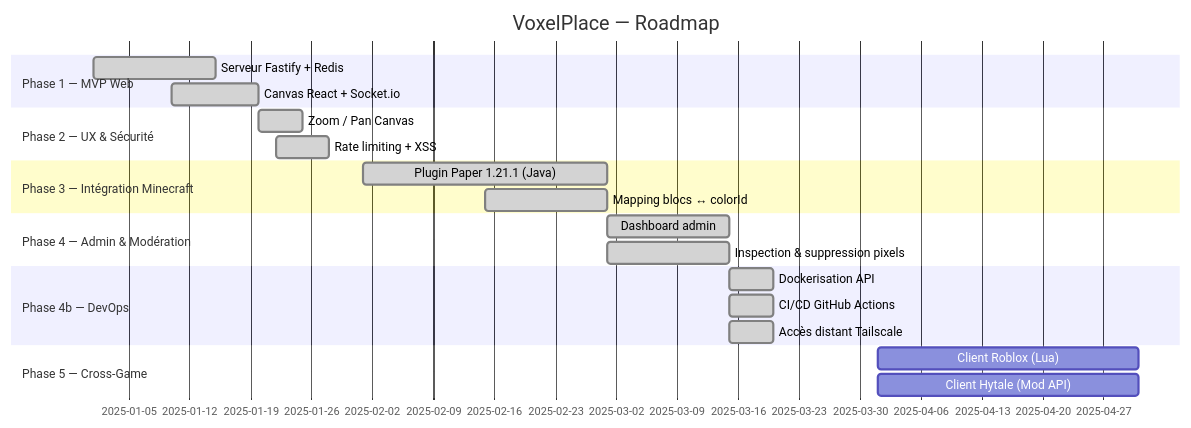
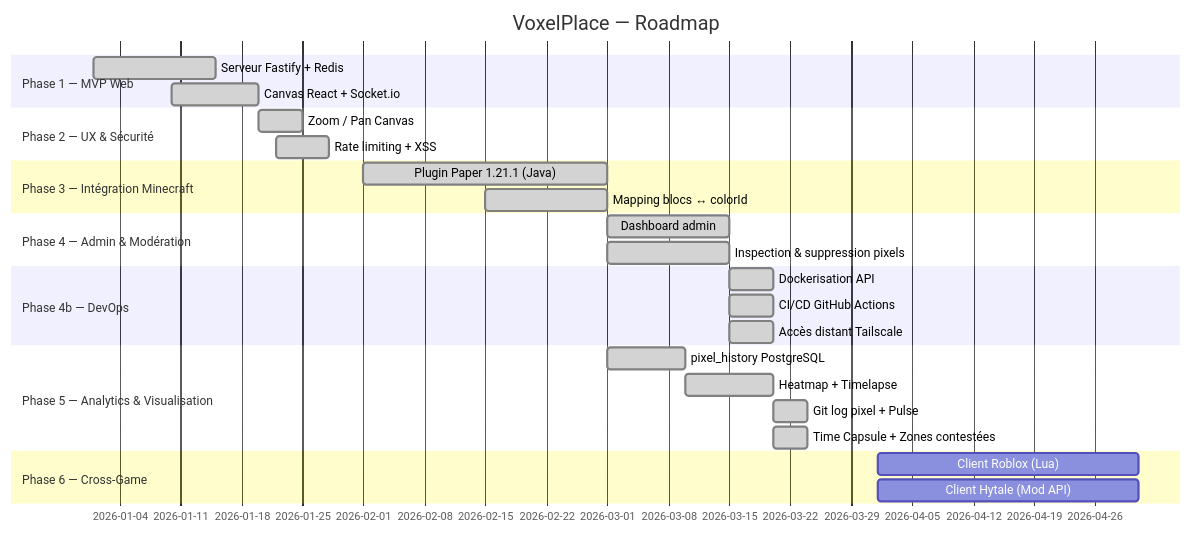
The third of 3 diagrams in README.md (MaKSiiMe/VoxelPlace), drawn with Mermaid before and after one commit. The commit also changed other lines of this file and 12 other files, not shown here.

First line of the commit message:
feat: add heatmap visualization to GridCanvas and implement pixel history, leaderboard, privacy modal, pulse, time capsule, and timelapse components

````diff
--- a/README.md
+++ b/README.md
@@ -613,24 +729,29 @@
 ```mermaid
 gantt
     title VoxelPlace — Roadmap
     dateFormat  YYYY-MM-DD
     section Phase 1 — MVP Web
-    Serveur Fastify + Redis          :done, 2025-01-01, 2025-01-15
-    Canvas React + Socket.io         :done, 2025-01-10, 2025-01-20
+    Serveur Fastify + Redis          :done, 2026-01-01, 2026-01-15
+    Canvas React + Socket.io         :done, 2026-01-10, 2026-01-20
     section Phase 2 — UX & Sécurité
-    Zoom / Pan Canvas                :done, 2025-01-20, 2025-01-25
-    Rate limiting + XSS              :done, 2025-01-22, 2025-01-28
+    Zoom / Pan Canvas                :done, 2026-01-20, 2026-01-25
+    Rate limiting + XSS              :done, 2026-01-22, 2026-01-28
     section Phase 3 — Intégration Minecraft
-    Plugin Paper 1.21.1 (Java)       :done, 2025-02-01, 2025-03-01
-    Mapping blocs ↔ colorId          :done, 2025-02-15, 2025-03-01
+    Plugin Paper 1.21.1 (Java)       :done, 2026-02-01, 2026-03-01
+    Mapping blocs ↔ colorId          :done, 2026-02-15, 2026-03-01
     section Phase 4 — Admin & Modération
-    Dashboard admin                  :done, 2025-03-01, 2025-03-15
-    Inspection & suppression pixels  :done, 2025-03-01, 2025-03-15
+    Dashboard admin                  :done, 2026-03-01, 2026-03-15
+    Inspection & suppression pixels  :done, 2026-03-01, 2026-03-15
     section Phase 4b — DevOps
-    Dockerisation API                :done, 2025-03-15, 2025-03-20
-    CI/CD GitHub Actions             :done, 2025-03-15, 2025-03-20
-    Accès distant Tailscale          :done, 2025-03-15, 2025-03-20
-    section Phase 5 — Cross-Game
-    Client Roblox (Lua)              :2025-04-01, 2025-05-01
-    Client Hytale (Mod API)          :2025-04-01, 2025-05-01
+    Dockerisation API                :done, 2026-03-15, 2026-03-20
+    CI/CD GitHub Actions             :done, 2026-03-15, 2026-03-20
+    Accès distant Tailscale          :done, 2026-03-15, 2026-03-20
+    section Phase 5 — Analytics & Visualisation
+    pixel_history PostgreSQL         :done, 2026-03-01, 2026-03-10
+    Heatmap + Timelapse              :done, 2026-03-10, 2026-03-20
+    Git log pixel + Pulse            :done, 2026-03-20, 2026-03-24
+    Time Capsule + Zones contestées  :done, 2026-03-20, 2026-03-24
+    section Phase 6 — Cross-Game
+    Client Roblox (Lua)              :2026-04-01, 2026-05-01
+    Client Hytale (Mod API)          :2026-04-01, 2026-05-01
 ```
````
